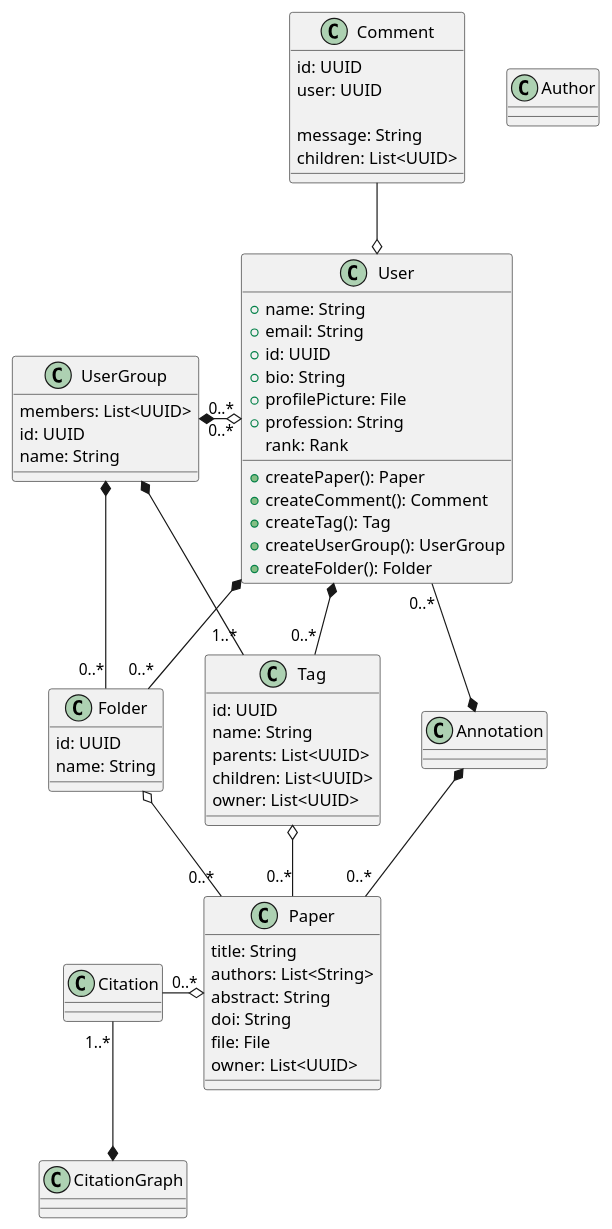
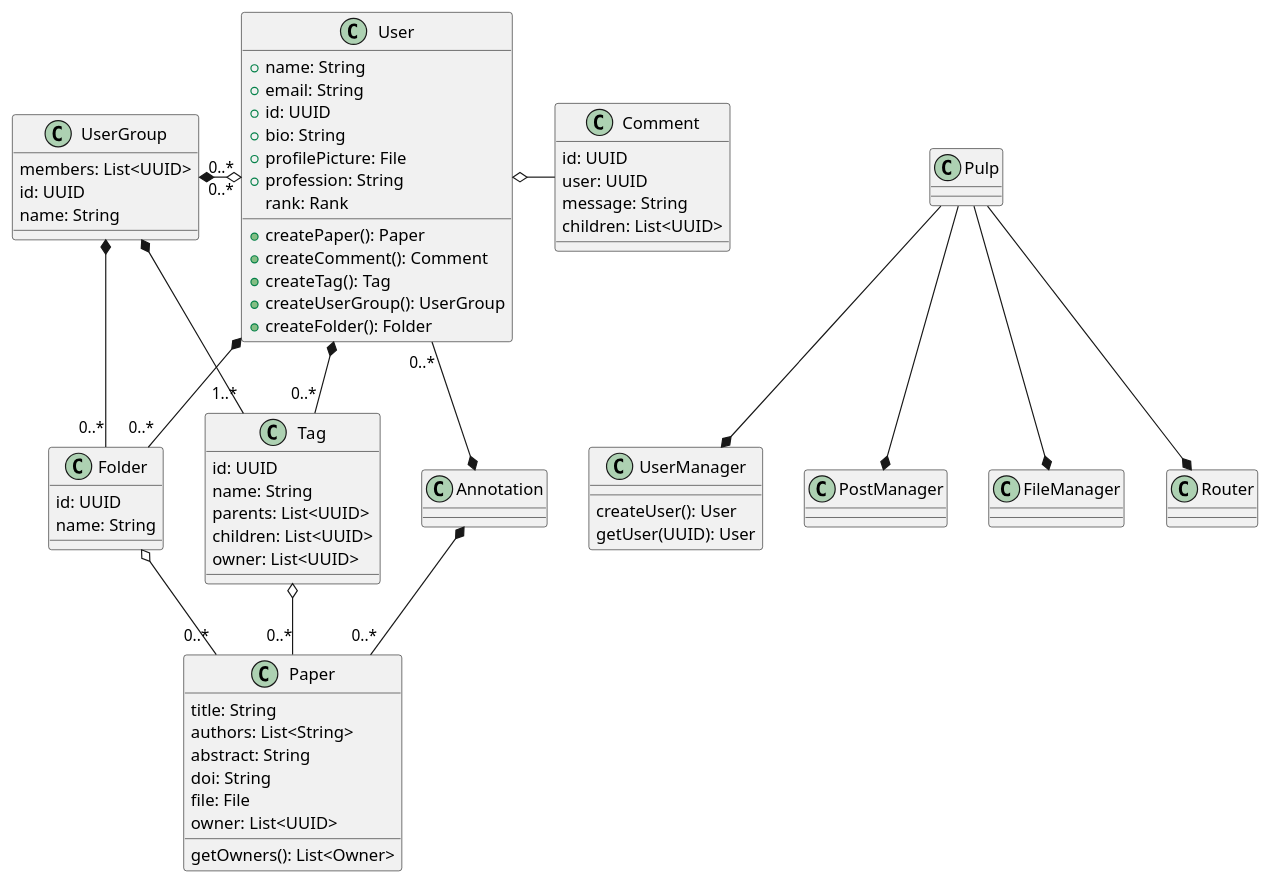
One commit to csaluski/cs-386-project changed the diagram in deliverables/deliverable5/analysis.puml. Above: the diagram before and after it, drawn with PlantUML.

Commit message:
Update analysis UML

```diff
--- a/deliverables/deliverable5/analysis.puml
+++ b/deliverables/deliverable5/analysis.puml
@@ -1,81 +1,104 @@
 @startuml
 class User {
 +name: String
 +email: String
 +id: UUID
 +bio: String
 +profilePicture: File
 +profession: String
 ' Not in MVP
 rank: Rank
 
 + createPaper(): Paper
 + createComment(): Comment
 + createTag(): Tag
 + createUserGroup(): UserGroup
 + createFolder(): Folder
 }
 
 class UserGroup {
 members: List<UUID>
 id: UUID
 name: String
 }
 
 class Folder {
 id: UUID
 name: String
 }
 
 class Paper {
 title: String
 authors: List<String>
 abstract: String
 doi: String
 file: File
 owner: List<UUID>
+
+getOwners(): List<Owner>
 }
 
-class Author {
-
-}
+'/ class Author { }
 
 class Tag {
 id: UUID
 name: String
 parents: List<UUID>
 children: List<UUID>
 owner: List<UUID>
+}
 
 
+class Comment {
+id: UUID
+user: UUID
+message: String
+children: List<UUID>
 }
 
+class Pulp
+
+class UserManager {
+createUser(): User
+getUser(UUID): User
+}
+
+class PostManager
+
+class FileManager
+
+class Router
+
+Pulp --* FileManager
+Pulp --* PostManager
+Pulp --* UserManager
+Pulp --* Router
+
+
+/'
 class Citation {
 
 }
 
 class CitationGraph {
 
 }
-
-class Comment {
-id: UUID
-user: UUID
-
-message: String
-children: List<UUID>
-}
+'/
 
 User *-- "0..*" Folder
 Folder o-- "0..*" Paper
 Tag o- "0..*" Paper
 User  *-- "0..*" Tag
 UserGroup *-- "0..*" Folder
 UserGroup "0..*" *-o "0..*" User
 UserGroup *- "1..*" Tag
-Citation "1..*" --* CitationGraph
-Citation "0..*" -o Paper
-Comment --o User
+
+Comment -lefto User
 Annotation *-- "0..*" Paper
 User "0..*" --* Annotation
+
+/'
+Citation "1..*" -left* CitationGraph
+Citation "0..*" -o Paper
+'/
 @enduml
```
